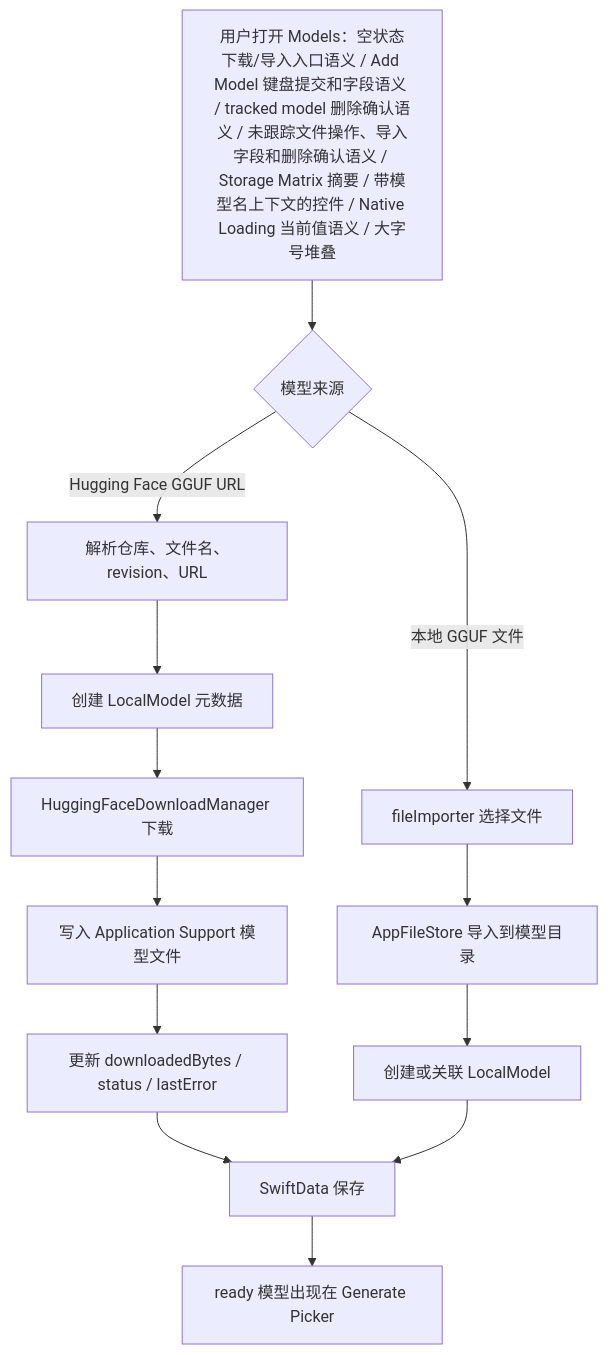
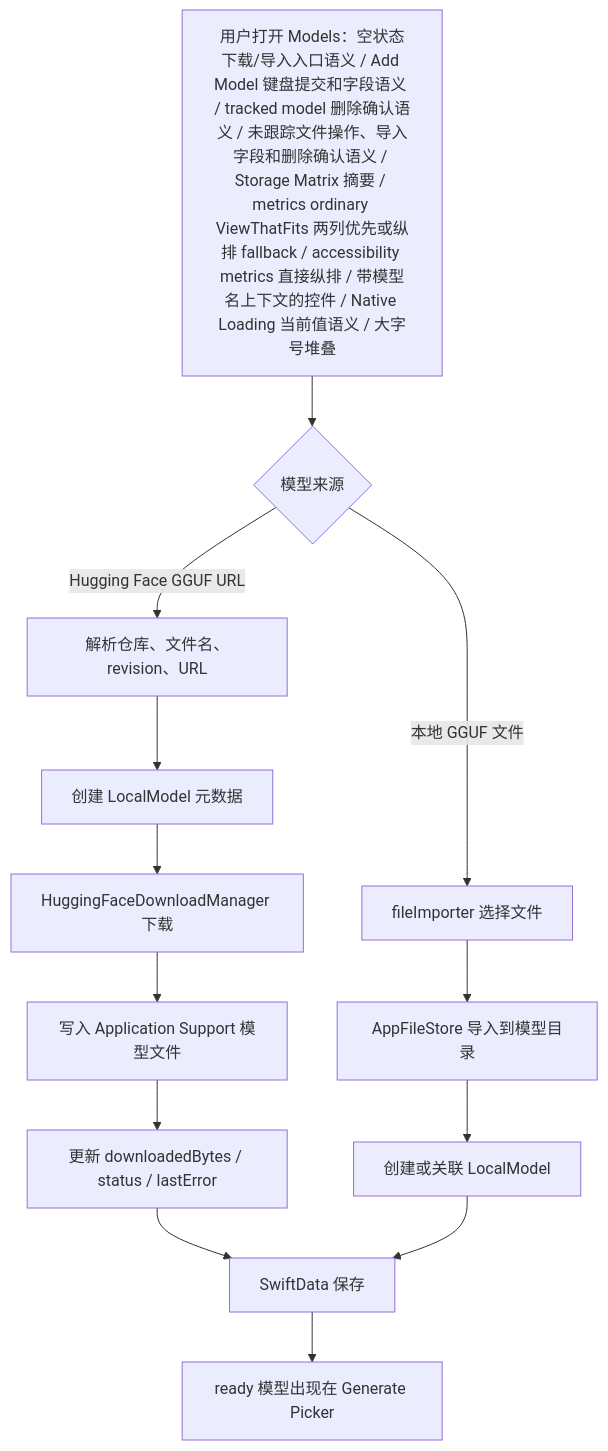
The third of 7 diagrams in md/flow/flowchart.md (Altman-sam114/118), drawn with Mermaid before and after one commit. The commit also changed other lines of this file and 5 other files, not shown here.

Commit message:
v1.152: Storage metrics fallback

````diff
--- a/md/flow/flowchart.md
+++ b/md/flow/flowchart.md
@@ -67,15 +67,15 @@
 ```mermaid
 flowchart TD
-  A["用户打开 Models：空状态下载/导入入口语义 / Add Model 键盘提交和字段语义 / tracked model 删除确认语义 / 未跟踪文件操作、导入字段和删除确认语义 / Storage Matrix 摘要 / 带模型名上下文的控件 / Native Loading 当前值语义 / 大字号堆叠"] --> B{"模型来源"}
+  A["用户打开 Models：空状态下载/导入入口语义 / Add Model 键盘提交和字段语义 / tracked model 删除确认语义 / 未跟踪文件操作、导入字段和删除确认语义 / Storage Matrix 摘要 / metrics ordinary ViewThatFits 两列优先或纵排 fallback / accessibility metrics 直接纵排 / 带模型名上下文的控件 / Native Loading 当前值语义 / 大字号堆叠"] --> B{"模型来源"}
   B -- "Hugging Face GGUF URL" --> C["解析仓库、文件名、revision、URL"]
   C --> D["创建 LocalModel 元数据"]
   D --> E["HuggingFaceDownloadManager 下载"]
   E --> F["写入 Application Support 模型文件"]
   F --> G["更新 downloadedBytes / status / lastError"]
   B -- "本地 GGUF 文件" --> H["fileImporter 选择文件"]
   H --> I["AppFileStore 导入到模型目录"]
   I --> J["创建或关联 LocalModel"]
   G --> K["SwiftData 保存"]
   J --> K
   K --> L["ready 模型出现在 Generate Picker"]
 ```
````
